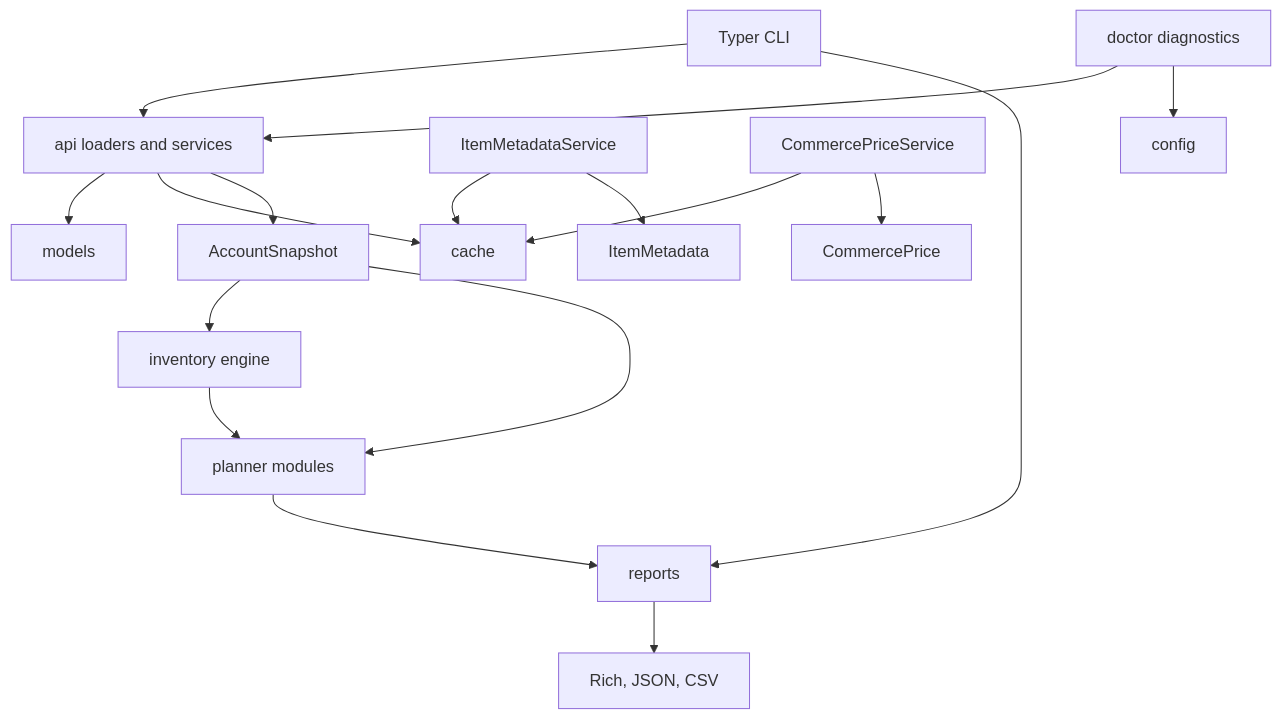
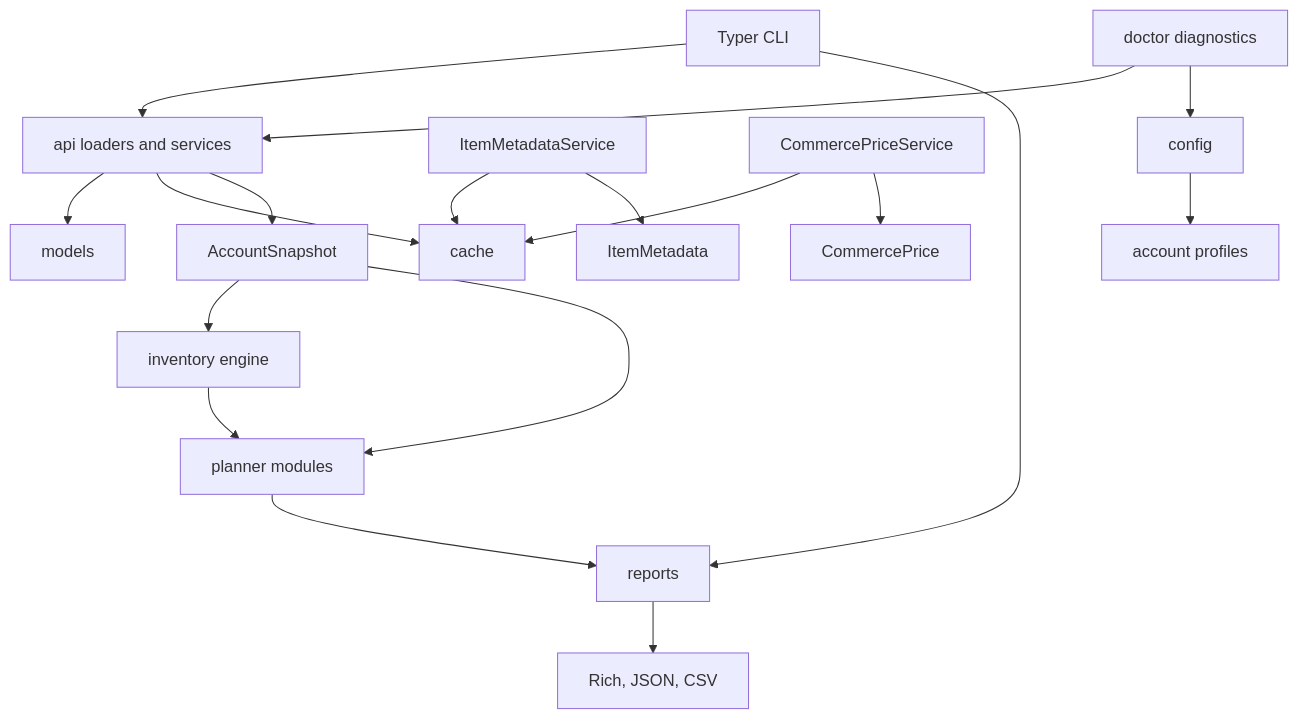
One commit to Koden02/GW2-legendary-planner changed the first of 2 diagrams in docs/ARCHITECTURE.md. Above: the diagram before and after it, drawn with Mermaid. The commit also changed other lines of this file and 12 other files, not shown here.

Commit message:
Add Phase 5 account profiles

````diff
--- a/docs/ARCHITECTURE.md
+++ b/docs/ARCHITECTURE.md
@@ -25,19 +25,20 @@
 ```mermaid
 flowchart TD
     CLI["Typer CLI"] --> API["api loaders and services"]
     CLI --> Reports["reports"]
     API --> Models["models"]
     API --> Cache["cache"]
     API --> Snapshot["AccountSnapshot"]
     Snapshot --> Inventory["inventory engine"]
     Inventory --> Planner["planner modules"]
     Snapshot --> Planner
     APIItems["ItemMetadataService"] --> Cache
     APIItems --> ItemModels["ItemMetadata"]
     APICommerce["CommercePriceService"] --> Cache
     APICommerce --> CommerceModels["CommercePrice"]
     Planner --> Reports
     Reports --> Output["Rich, JSON, CSV"]
     Diagnostics["doctor diagnostics"] --> API
     Diagnostics --> Config["config"]
+    Config --> Profiles["account profiles"]
 ```
````
